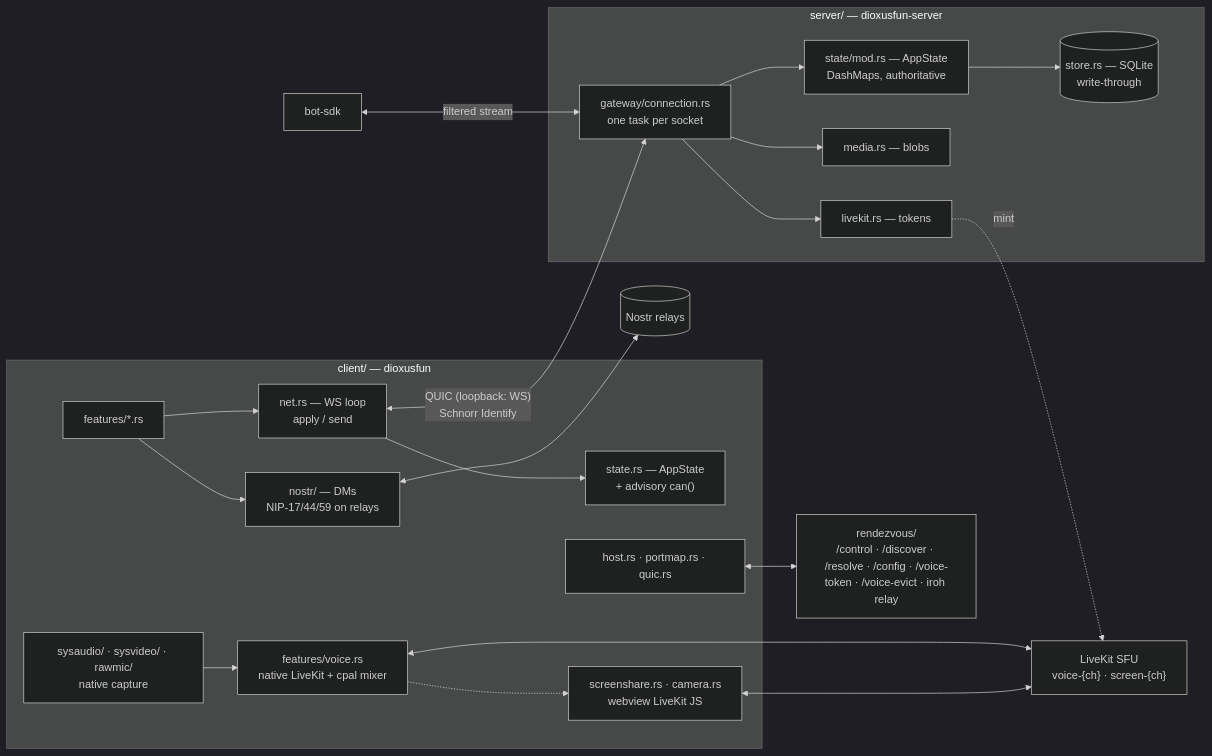
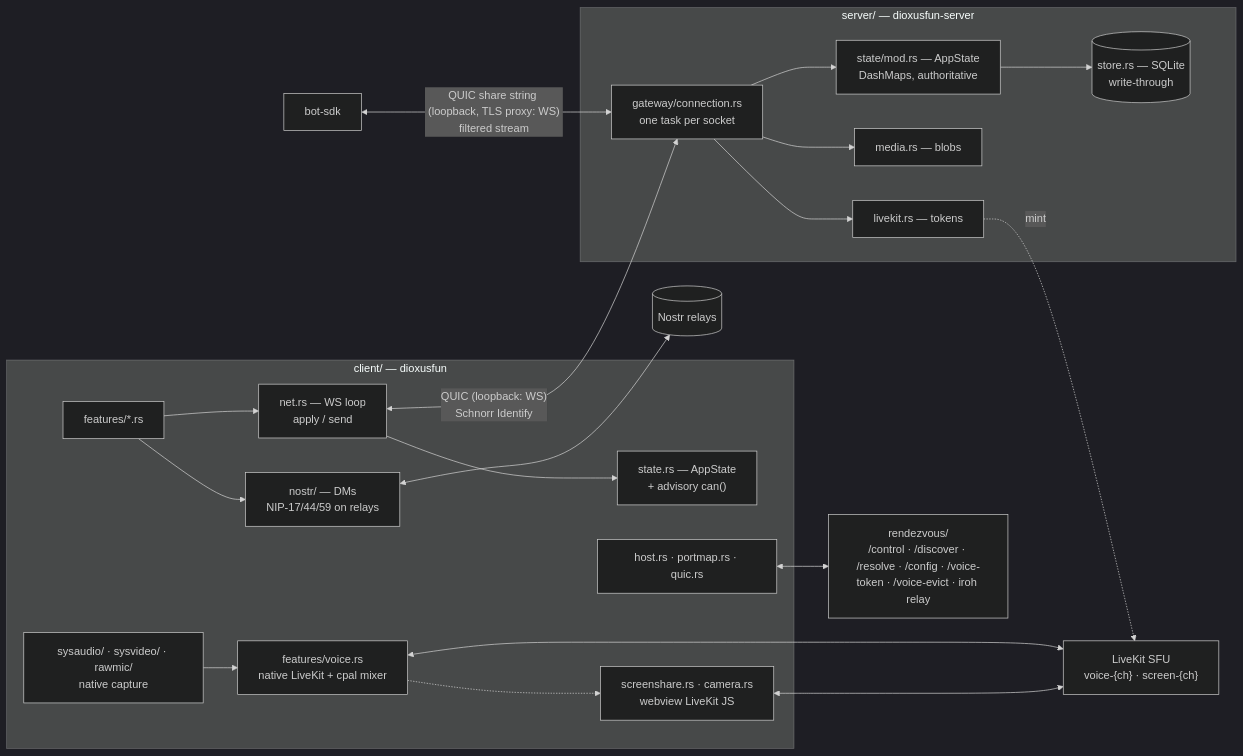
One commit to ssotomayor/discordia changed the diagram in docs/MAP.md. Above: the diagram before and after it, drawn with Mermaid (dark theme). The commit also changed other lines of this file and 56 other files, not shown here.

````diff
--- a/docs/MAP.md
+++ b/docs/MAP.md
@@ -185,38 +191,38 @@
 ```mermaid
 flowchart LR
   subgraph C["client/ — dioxusfun"]
     UI["features/*.rs"]
     NET["net.rs — WS loop<br/>apply / send"]
     ST["state.rs — AppState<br/>+ advisory can()"]
     NOSTR["nostr/ — DMs<br/>NIP-17/44/59 on relays"]
     V["features/voice.rs<br/>native LiveKit + cpal mixer"]
     CAP["sysaudio/ · sysvideo/ · rawmic/<br/>native capture"]
     JS["screenshare.rs · camera.rs<br/>webview LiveKit JS"]
     HOST["host.rs · portmap.rs · quic.rs"]
     UI-->NET-->ST
     UI-->NOSTR
     CAP-->V
     V-.->JS
   end
   subgraph S["server/ — dioxusfun-server"]
     GW["gateway/connection.rs<br/>one task per socket"]
     AS["state/mod.rs — AppState<br/>DashMaps, authoritative"]
     DB[("store.rs — SQLite<br/>write-through")]
     MED["media.rs — blobs"]
     LK["livekit.rs — tokens"]
     GW-->AS-->DB
     GW-->MED
     GW-->LK
   end
   SFU["LiveKit SFU<br/>voice-{ch} · screen-{ch}"]
   RZ["rendezvous/<br/>/control · /discover · /resolve · /config · /voice-token · /voice-evict · iroh relay"]
   RELAYS[("Nostr relays")]
   BOT["bot-sdk"]
   NET<-->|"QUIC (loopback: WS)<br/>Schnorr Identify"|GW
-  BOT<-->|filtered stream|GW
+  BOT<-->|"QUIC share string (loopback, TLS proxy: WS)<br/>filtered stream"|GW
   V<-->SFU
   JS<-->SFU
   LK-.mint.->SFU
   HOST<-->RZ
   NOSTR<-->RELAYS
 ```
````
